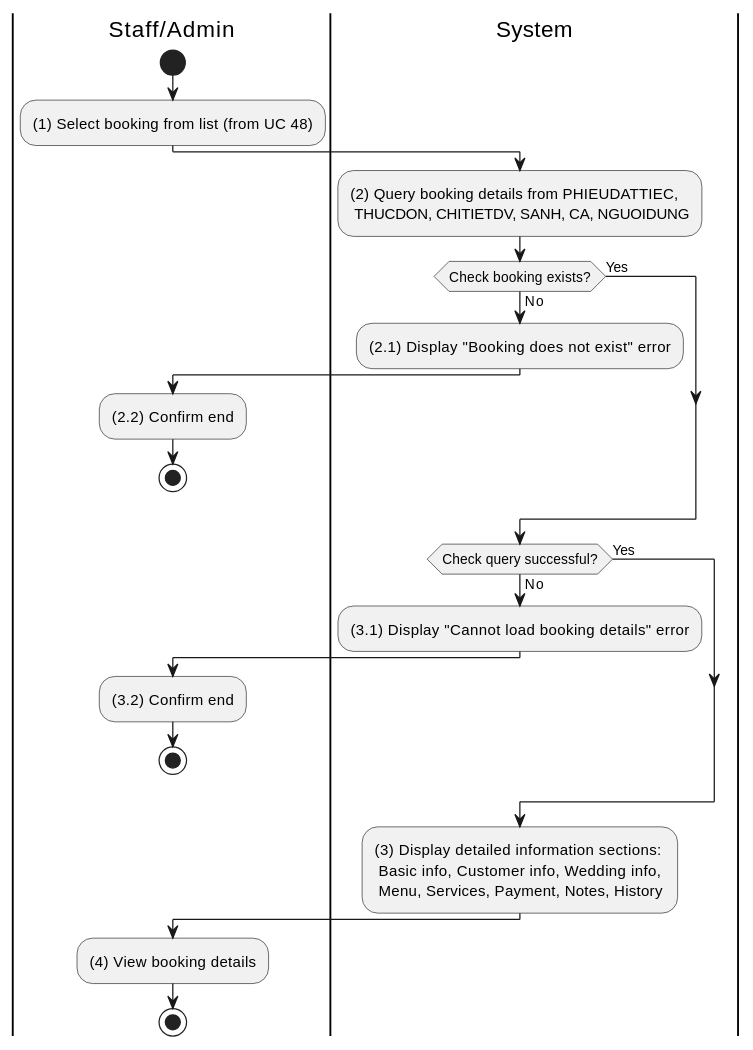
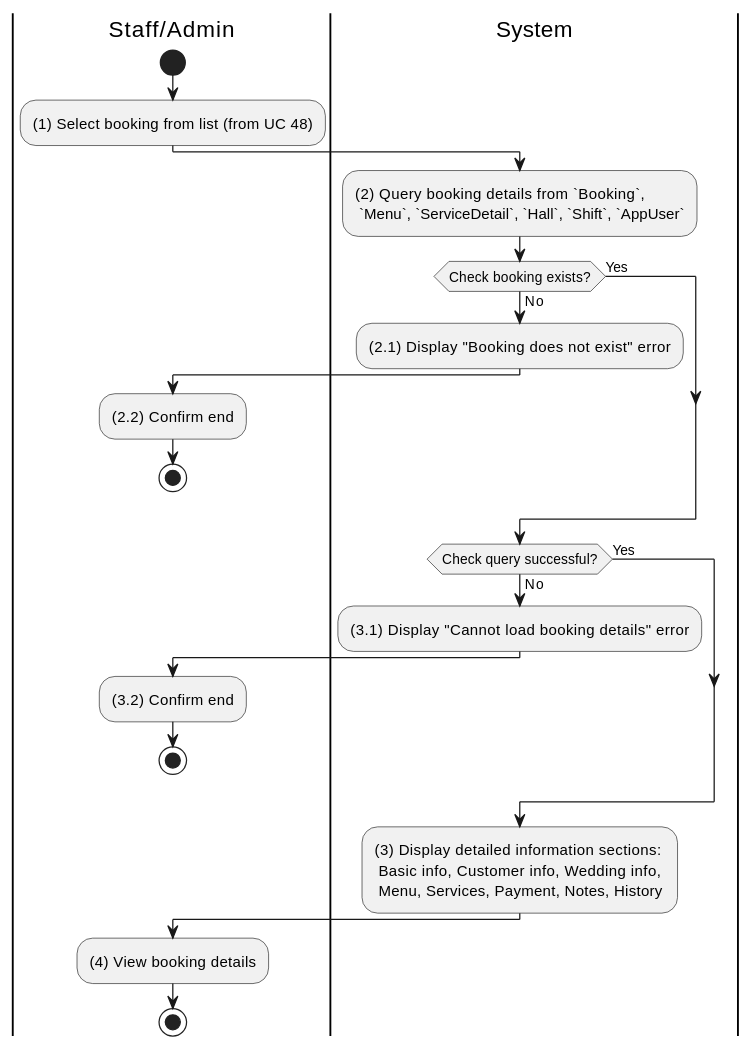
Before and after one commit to se113-wm/se113-wm.github.io: the diagram in docs/docs/activity for wedding management system/manage-bookings/view-any-booking-details.md, drawn with PlantUML. The commit also changed 64 other files, not shown here.

````diff
--- a/docs/docs/activity for wedding management system/manage-bookings/view-any-booking-details.md
+++ b/docs/docs/activity for wedding management system/manage-bookings/view-any-booking-details.md
@@ -3,39 +3,39 @@
 ```plantuml
 @startuml
 |S|Staff/Admin
 |Sys|System
 
 |S|
 start
 
 :(1) Select booking from list (from UC 48);
 
 |Sys|
-:(2) Query booking details from PHIEUDATTIEC, \n THUCDON, CHITIETDV, SANH, CA, NGUOIDUNG;
+:(2) Query booking details from `Booking`, \n `Menu`, `ServiceDetail`, `Hall`, `Shift`, `AppUser`;
 
 if (Check booking exists?) then (No)
 	:(2.1) Display "Booking does not exist" error;
 	|S|
 	:(2.2) Confirm end;
 	stop
 else (Yes)
 endif
 |Sys|
 if (Check query successful?) then (No)
 	:(3.1) Display "Cannot load booking details" error;
 	|S|
 	:(3.2) Confirm end;
 	stop
 else (Yes)
 endif
 
 |Sys|
 :(3) Display detailed information sections: \n Basic info, Customer info, Wedding info, \n Menu, Services, Payment, Notes, History;
 
 |S|
 :(4) View booking details;
 
 stop
 
 @enduml
 ```
````
